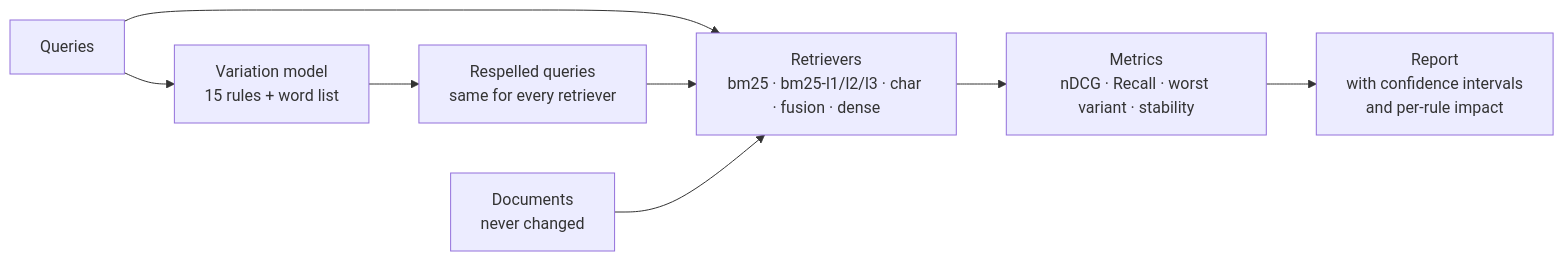
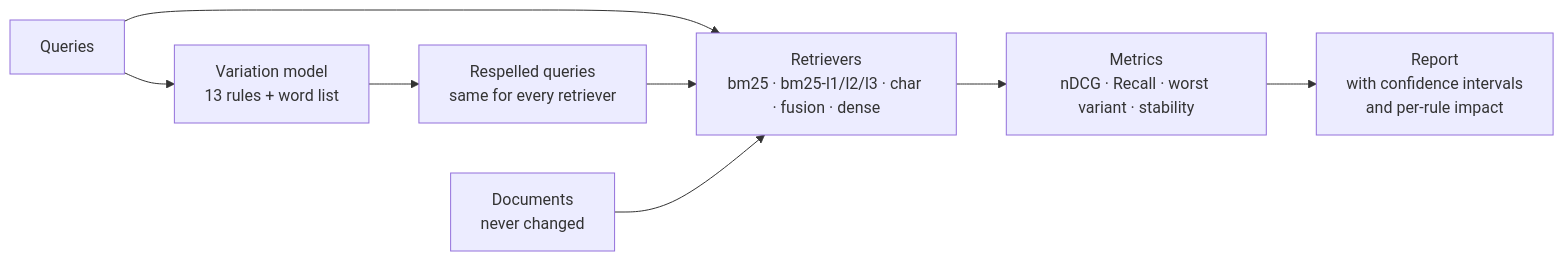
Before and after one commit to mirzayasirabdullahbaig07/Hijje: the diagram in README.md, drawn with Mermaid. The commit also changed other lines of this file and 13 other files, not shown here.

````diff
--- a/README.md
+++ b/README.md
@@ -73,10 +74,10 @@
 ```mermaid
 flowchart LR
-    Q[Queries] --> V[Variation model<br/>15 rules + word list]
+    Q[Queries] --> V[Variation model<br/>13 rules + word list]
     V --> RQ[Respelled queries<br/>same for every retriever]
     Q --> R
     RQ --> R[Retrievers<br/>bm25 · bm25-l1/l2/l3 · char · fusion · dense]
     D[Documents<br/>never changed] --> R
     R --> M[Metrics<br/>nDCG · Recall · worst variant · stability]
     M --> REP[Report<br/>with confidence intervals<br/>and per-rule impact]
 ```
````
